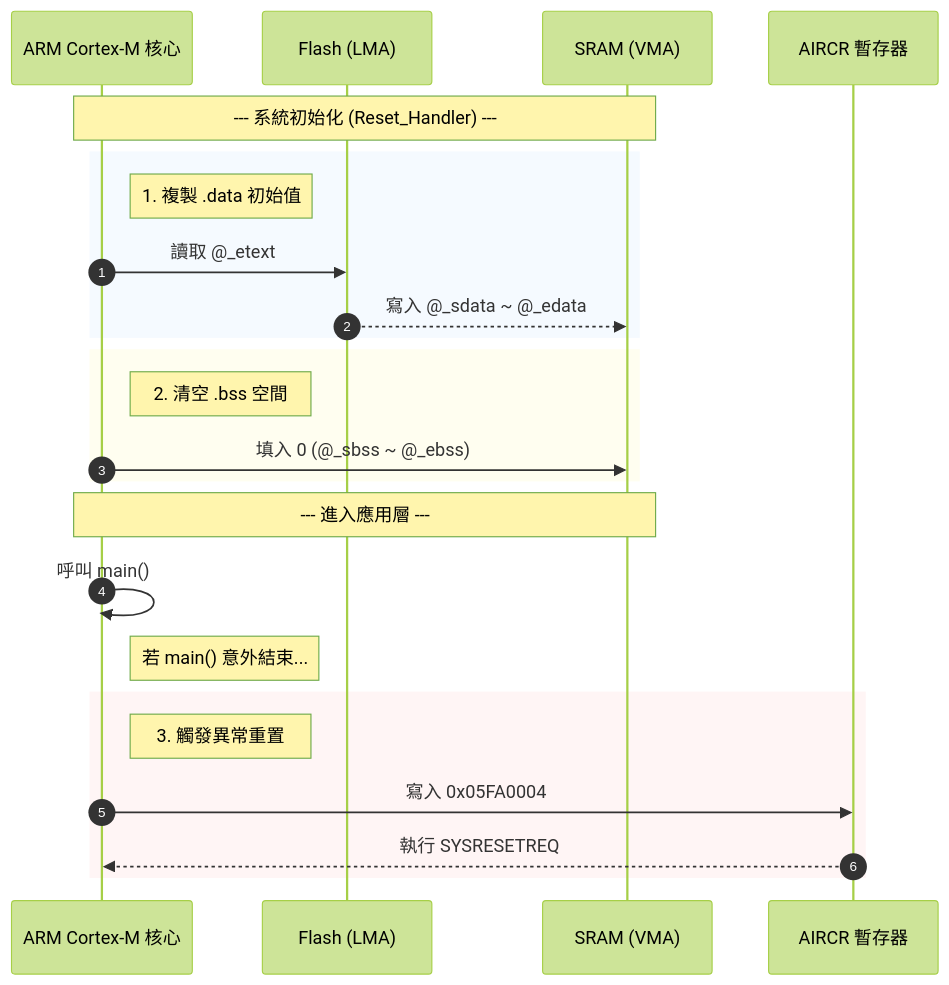
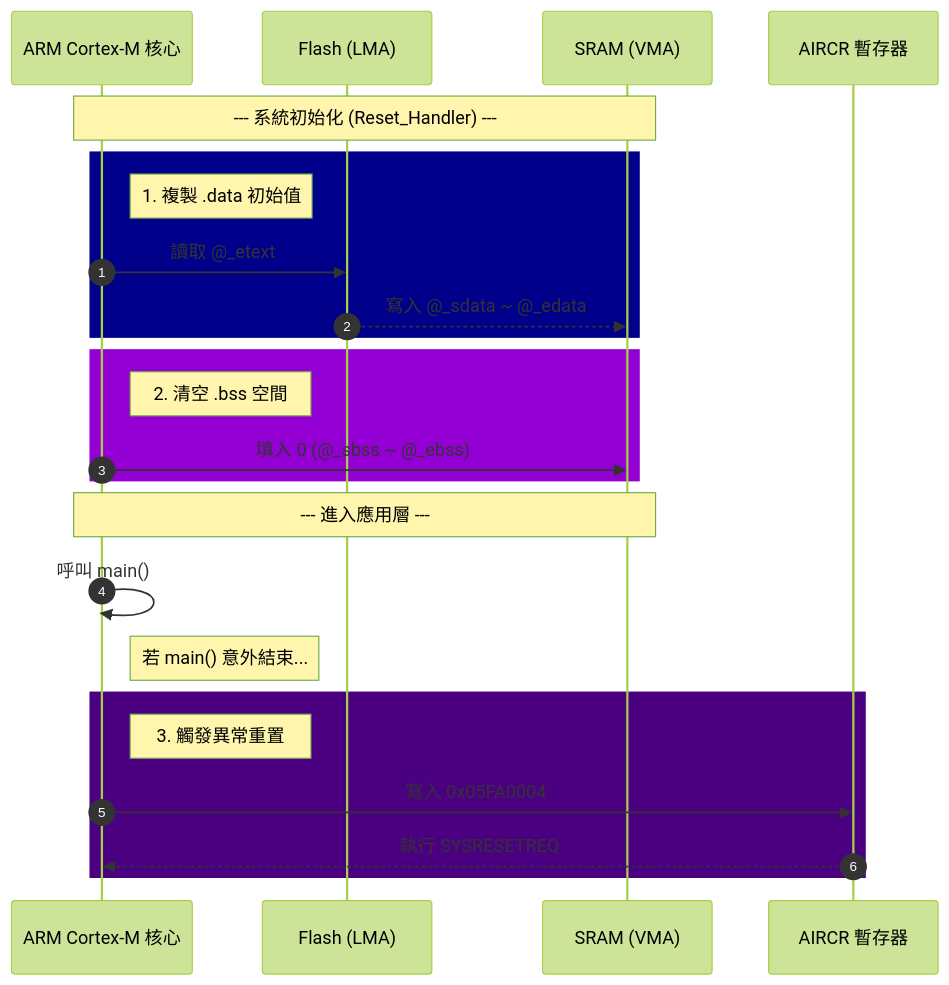
The second of 4 diagrams in README.md (PlusRon/Firmware-STM32-SSD-Emulator), drawn with Mermaid (forest theme) before and after one commit. The commit also changed other lines of this file, not shown here.

````diff
--- a/README.md
+++ b/README.md
@@ -82,40 +82,40 @@
     ```mermaid
     sequenceDiagram
       autonumber
       
       %% 強制設定配色方案
       %% 雖然時序圖對 classDef 支援有限，但透過調整 rect 顏色能達到最佳視覺效果
       
       participant HW as ARM Cortex-M 核心
       participant FL as Flash (LMA)
       participant RAM as SRAM (VMA)
       participant SC as AIRCR 暫存器
   
       Note over HW, RAM: --- 系統初始化 (Reset_Handler) ---
       
-      %% 使用極淺藍色背景
-      rect rgb(245, 250, 255)
+      %% 使用深藍色背景
+      rect rgb(0, 0, 139)
           Note right of HW: 1. 複製 .data 初始值
           HW->>FL: 讀取 @_etext
           FL-->>RAM: 寫入 @_sdata ~ @_edata
       end
       
-      %% 使用極淺黃色背景
-      rect rgb(255, 254, 240)
+      %% 使用深紫色背景
+      rect rgb(148, 0, 211)
           Note right of HW: 2. 清空 .bss 空間
           HW->>RAM: 填入 0 (@_sbss ~ @_ebss)
       end
   
       Note over HW, RAM: --- 進入應用層 ---
   
       HW->>HW: 呼叫 main()
       
       Note right of HW: 若 main() 意外結束...
   
-      %% 使用極淺紅色背景
-      rect rgb(255, 245, 245)
+      %% 使用靛藍色背景
+      rect rgb(75, 0, 130)
           Note right of HW: 3. 觸發異常重置
           HW->>SC: 寫入 0x05FA0004
           SC-->>HW: 執行 SYSRESETREQ
       end
     ```
````
